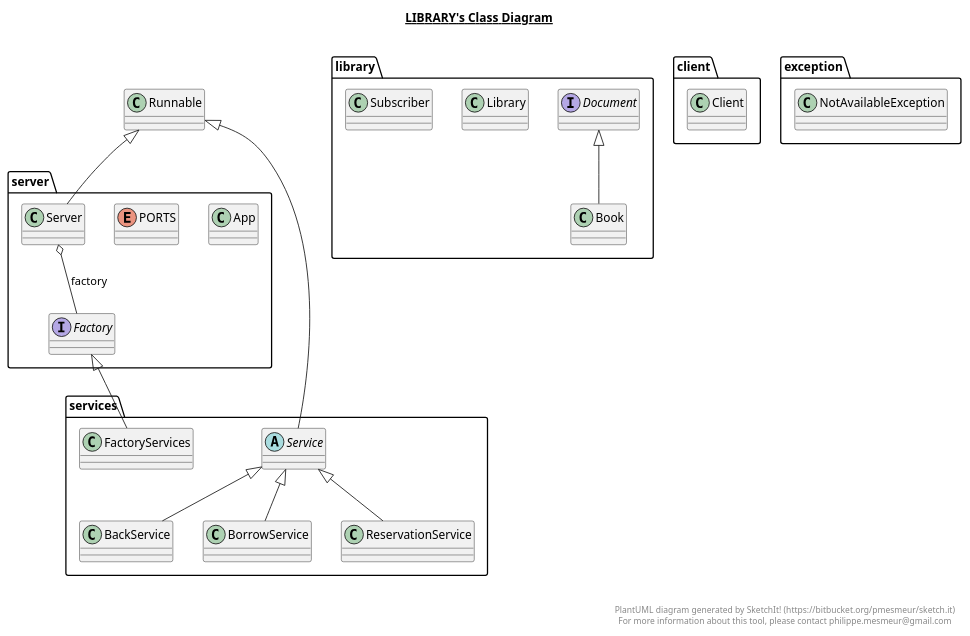
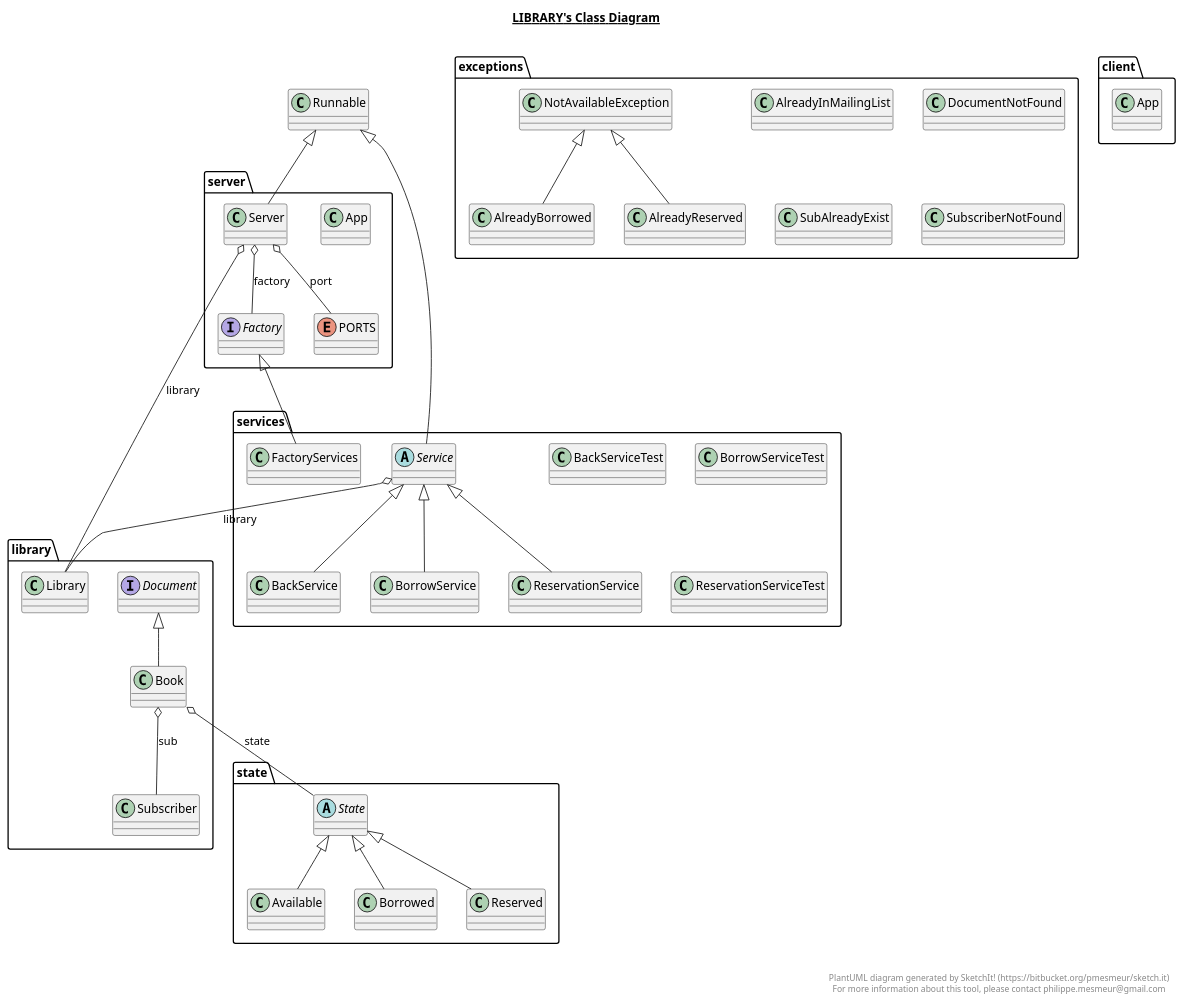
One commit to Gazorby/web-serveur_biblioth-que changed the diagram in Bibliothèque.plantuml. Above: the diagram before and after it, drawn with PlantUML. The commit also changed 17 other files, not shown here.

```diff
--- a/Bibliothèque.plantuml
+++ b/Bibliothèque.plantuml
@@ -1,112 +1,200 @@
 @startuml
 
 title __LIBRARY's Class Diagram__\n
+
+  package exceptions {
+    class AlreadyBorrowed {
+    }
+  }
+  
+
+  package exceptions {
+    class AlreadyInMailingList {
+    }
+  }
+  
+
+  package exceptions {
+    class AlreadyReserved {
+    }
+  }
+  
 
   package server {
     class App {
     }
   }
   
 
+  package client {
+    class App {
+    }
+  }
+  
+
+  package state {
+    class Available {
+    }
+  }
+  
+
   package services {
     class BackService {
+    }
+  }
+  
+
+  package services {
+    class BackServiceTest {
     }
   }
   
 
   package library {
     class Book {
     }
   }
   
 
   package services {
     class BorrowService {
     }
   }
   
 
-  package client {
-    class Client {
+  package services {
+    class BorrowServiceTest {
+    }
+  }
+  
+
+  package state {
+    class Borrowed {
     }
   }
   
 
   package library {
     interface Document {
+    }
+  }
+  
+
+  package exceptions {
+    class DocumentNotFound {
     }
   }
   
 
   package server {
     interface Factory {
     }
   }
   
 
   package services {
     class FactoryServices {
     }
   }
   
 
   package library {
     class Library {
     }
   }
   
 
-  package exception {
+  package exceptions {
     class NotAvailableException {
     }
   }
   
 
   package server {
     enum PORTS {
     }
   }
   
 
   package services {
     class ReservationService {
     }
   }
   
 
+  package services {
+    class ReservationServiceTest {
+    }
+  }
+  
+
+  package state {
+    class Reserved {
+    }
+  }
+  
+
   package server {
     class Server {
     }
   }
   
 
   package services {
     abstract class Service {
     }
   }
   
 
+  package state {
+    abstract class State {
+    }
+  }
+  
+
+  package exceptions {
+    class SubAlreadyExist {
+    }
+  }
+  
+
   package library {
     class Subscriber {
     }
   }
   
 
+  package exceptions {
+    class SubscriberNotFound {
+    }
+  }
+  
+
+  AlreadyBorrowed -up-|> NotAvailableException
+  AlreadyReserved -up-|> NotAvailableException
+  Available -up-|> State
   BackService -up-|> Service
   Book -up-|> Document
+  Book o-- State : state
+  Book o-- Subscriber : sub
   BorrowService -up-|> Service
+  Borrowed -up-|> State
   FactoryServices -up-|> Factory
   ReservationService -up-|> Service
+  Reserved -up-|> State
   Server -up-|> Runnable
+  Server o-- PORTS : port
   Server o-- Factory : factory
+  Server o-- Library : library
   Service -up-|> Runnable
+  Service o-- Library : library
 
 
 right footer
 
 
 PlantUML diagram generated by SketchIt! (https://bitbucket.org/pmesmeur/sketch.it)
 For more information about this tool, please contact philippe.mesmeur@gmail.com
 endfooter
 
 @enduml
```
